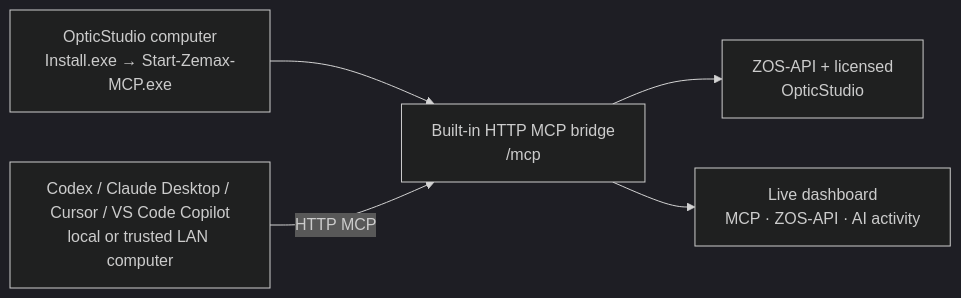
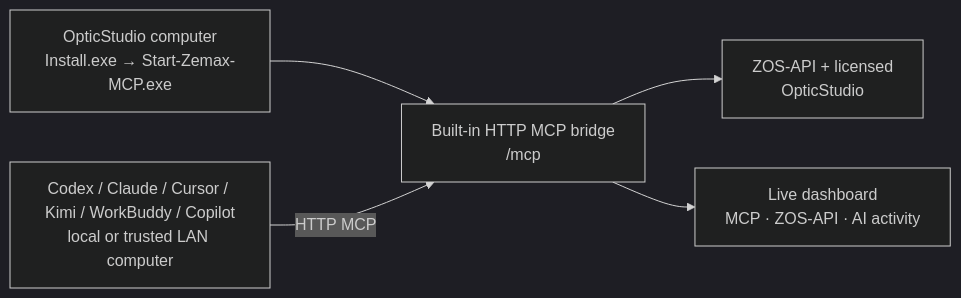
Before and after one commit to joeyijun/OpticStudioMCPServer: the diagram in README.md, drawn with Mermaid (dark theme). The commit also changed other lines of this file and 4 other files, not shown here.

````diff
--- a/README.md
+++ b/README.md
@@ -18,7 +18,7 @@
 ```mermaid
 flowchart LR
   A["OpticStudio computer\nInstall.exe → Start-Zemax-MCP.exe"] --> B["Built-in HTTP MCP bridge\n/mcp"]
   B --> C["ZOS-API + licensed\nOpticStudio"]
-  D["Codex / Claude Desktop / Cursor / VS Code Copilot\nlocal or trusted LAN computer"] -->|"HTTP MCP"| B
+  D["Codex / Claude / Cursor / Kimi / WorkBuddy / Copilot\nlocal or trusted LAN computer"] -->|"HTTP MCP"| B
   B --> E["Live dashboard\nMCP · ZOS-API · AI activity"]
 ```
````
